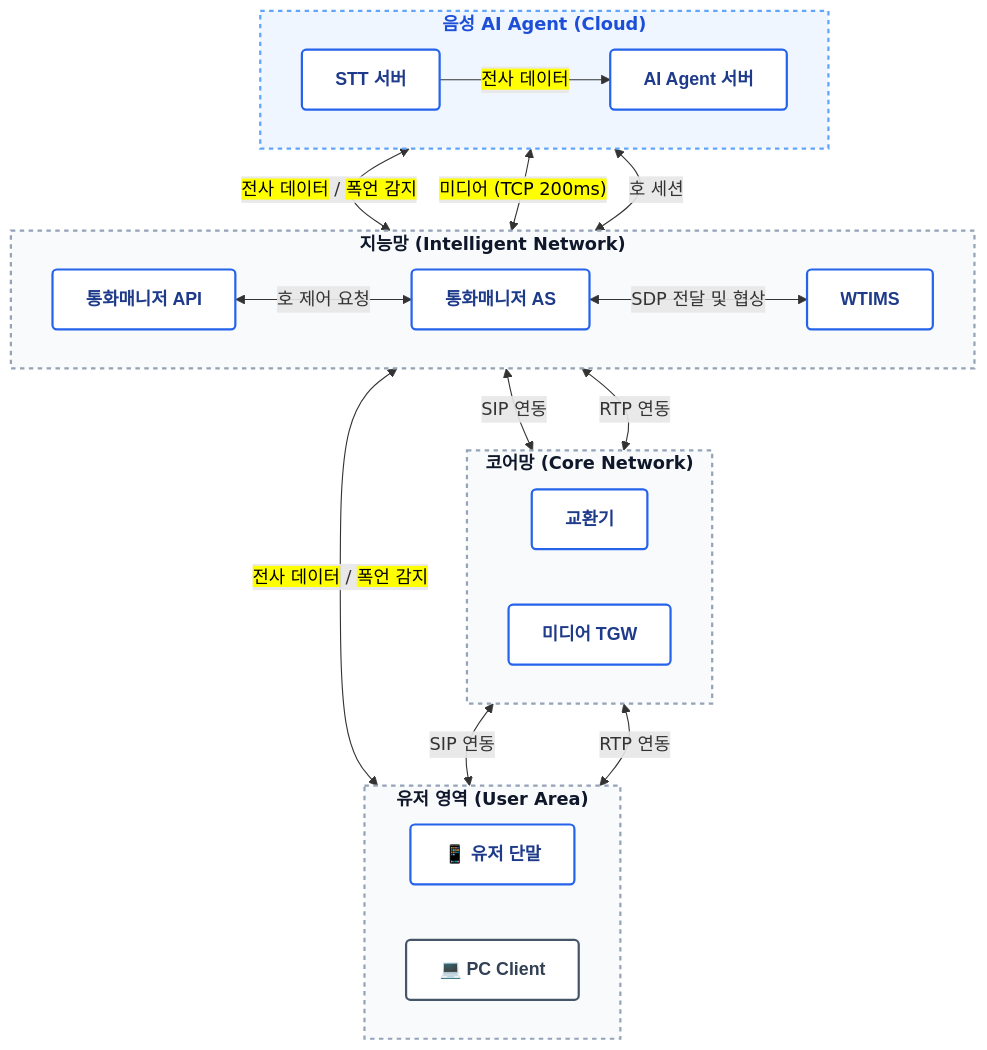
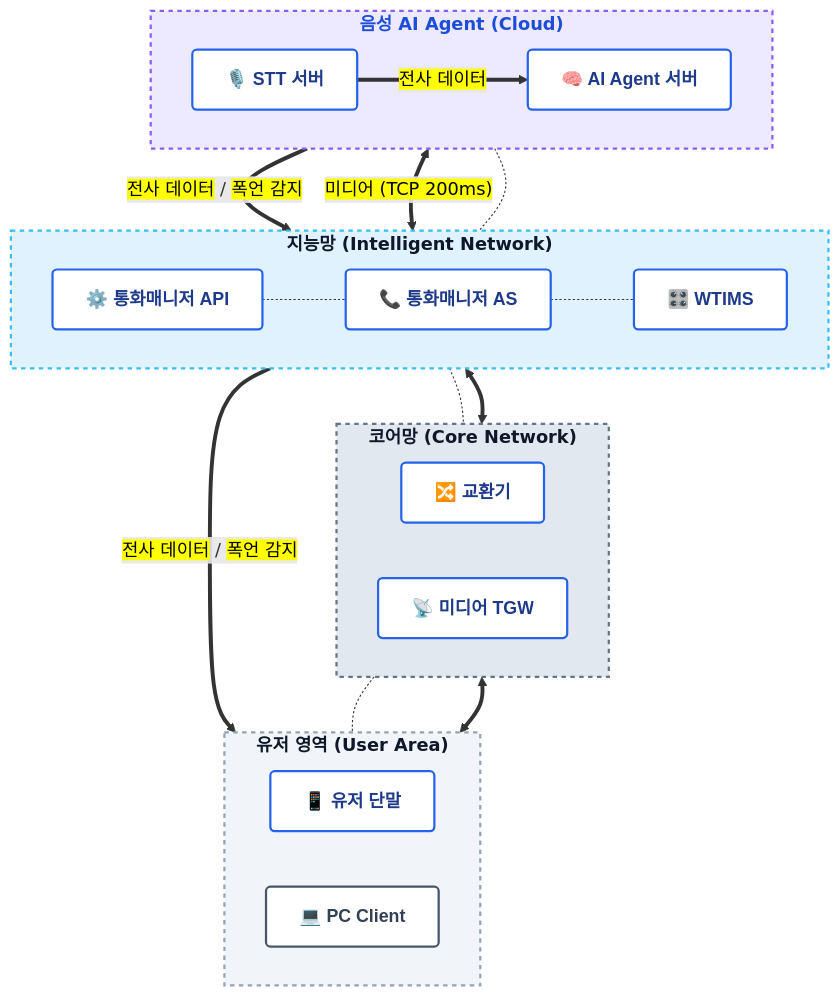
Before and after one commit to hak023/sip_pbx: the diagram in docs/architecture/stt-agent-integration-cloud-stt.md, drawn with Mermaid.

Commit message:
docs: complete ppt style layout for cloud-stt.md

````diff
--- a/docs/architecture/stt-agent-integration-cloud-stt.md
+++ b/docs/architecture/stt-agent-integration-cloud-stt.md
@@ -4,66 +4,70 @@
 ```mermaid
 graph TD
     %% 스타일 정의 (블루 & 화이트 컨설팅 펌 테마)
     classDef default fill:#ffffff,stroke:#cbd5e1,stroke-width:1px,color:#334155,font-family:sans-serif;
     classDef layerBox fill:#f8fafc,stroke:#94a3b8,stroke-width:2px,stroke-dasharray: 4 4,color:#0f172a,font-weight:bold;
     classDef cloudBox fill:#eff6ff,stroke:#60a5fa,stroke-width:2px,stroke-dasharray: 4 4,color:#1d4ed8,font-weight:bold;
+    classDef userLayer fill:#f1f5f9,stroke:#94a3b8,stroke-width:2px,stroke-dasharray: 4 4,color:#0f172a,font-weight:bold;
+    classDef coreLayer fill:#e2e8f0,stroke:#64748b,stroke-width:2px,stroke-dasharray: 4 4,color:#0f172a,font-weight:bold;
+    classDef intellLayer fill:#e0f2fe,stroke:#38bdf8,stroke-width:2px,stroke-dasharray: 4 4,color:#0f172a,font-weight:bold;
+    classDef cloudLayer fill:#ede9fe,stroke:#8b5cf6,stroke-width:2px,stroke-dasharray: 4 4,color:#1d4ed8,font-weight:bold;
     classDef nodeBox fill:#ffffff,stroke:#2563eb,stroke-width:2px,color:#1e3a8a,font-weight:bold,rx:4px,ry:4px;
     classDef clientBox fill:#ffffff,stroke:#475569,stroke-width:2px,color:#334155,font-weight:bold,rx:4px,ry:4px;
 
     %% 계층별 Subgraph
     subgraph User_Area ["유저 영역 (User Area)"]
         direction LR
         UserTerminal["📱 유저 단말"]:::nodeBox
         PCClient["💻 PC Client"]:::clientBox
     end
 
     subgraph Core_Network ["코어망 (Core Network)"]
         direction LR
-        Switch["교환기"]:::nodeBox
-        MediaTGW["미디어 TGW"]:::nodeBox
+        Switch["🔀 교환기"]:::nodeBox
+        MediaTGW["📡 미디어 TGW"]:::nodeBox
     end
 
     subgraph Intelligent_Network ["지능망 (Intelligent Network)"]
         direction LR
-        CallManagerAS["통화매니저 AS"]:::nodeBox
-        WTIMS["WTIMS"]:::nodeBox
-        CallManagerAPI["통화매니저 API"]:::nodeBox
+        CallManagerAS["📞 통화매니저 AS"]:::nodeBox
+        WTIMS["🎛️ WTIMS"]:::nodeBox
+        CallManagerAPI["⚙️ 통화매니저 API"]:::nodeBox
     end
 
     subgraph Cloud_Agent ["음성 AI Agent (Cloud)"]
         direction LR
-        AIAgent["AI Agent 서버"]:::nodeBox
-        STTServer["STT 서버"]:::nodeBox
+        AIAgent["🧠 AI Agent 서버"]:::nodeBox
+        STTServer["🎙️ STT 서버"]:::nodeBox
     end
 
     %% 연결선 및 프로토콜 흐름 (위에서 아래로: Cloud -> Intelligent -> Core -> User)
     
     %% Cloud 내부
-    STTServer -->|"<mark>전사 데이터</mark>"| AIAgent
+    STTServer ==>|"<mark>전사 데이터</mark>"| AIAgent
     
     %% Cloud <-> Intelligent
-    STTServer <-->|"<mark>전사 데이터</mark> / <mark>폭언 감지</mark>"| CallManagerAPI
-    STTServer <-->|"<mark>미디어 (TCP 200ms)</mark>"| WTIMS
-    AIAgent <-->|호 세션| CallManagerAS
+    STTServer ==>|"<mark>전사 데이터</mark> / <mark>폭언 감지</mark>"| CallManagerAPI
+    STTServer <==>|"<mark>미디어 (TCP 200ms)</mark>"| WTIMS
+    AIAgent -.- CallManagerAS
     
     %% Intelligent 내부
-    CallManagerAPI <-->|호 제어 요청| CallManagerAS
-    CallManagerAS <-->|SDP 전달 및 협상| WTIMS
+    CallManagerAPI -.- CallManagerAS
+    CallManagerAS -.- WTIMS
     
     %% Intelligent <-> Core
-    CallManagerAS <-->|SIP 연동| Switch
-    WTIMS <-->|RTP 연동| MediaTGW
+    CallManagerAS -.- Switch
+    WTIMS <==> MediaTGW
     
     %% Core <-> User
-    Switch <-->|SIP 연동| UserTerminal
-    MediaTGW <-->|RTP 연동| UserTerminal
+    Switch -.- UserTerminal
+    MediaTGW <==> UserTerminal
     
     %% Intelligent <-> User
-    CallManagerAPI <-->|"<mark>전사 데이터</mark> / <mark>폭언 감지</mark>"| PCClient
+    CallManagerAPI ==>|"<mark>전사 데이터</mark> / <mark>폭언 감지</mark>"| PCClient
 
     %% 서브그래프 스타일 적용
-    class User_Area layerBox;
-    class Core_Network layerBox;
-    class Intelligent_Network layerBox;
-    class Cloud_Agent cloudBox;
+    class User_Area userLayer;
+    class Core_Network coreLayer;
+    class Intelligent_Network intellLayer;
+    class Cloud_Agent cloudLayer;
 ```
````
